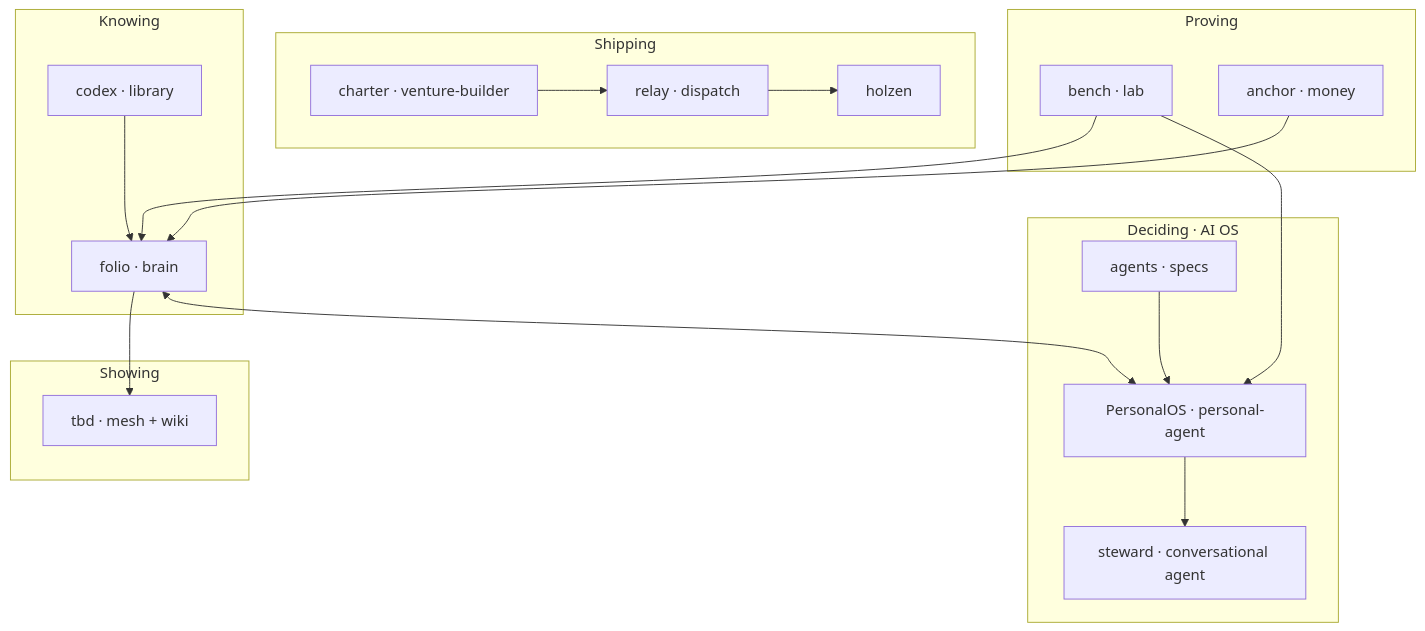
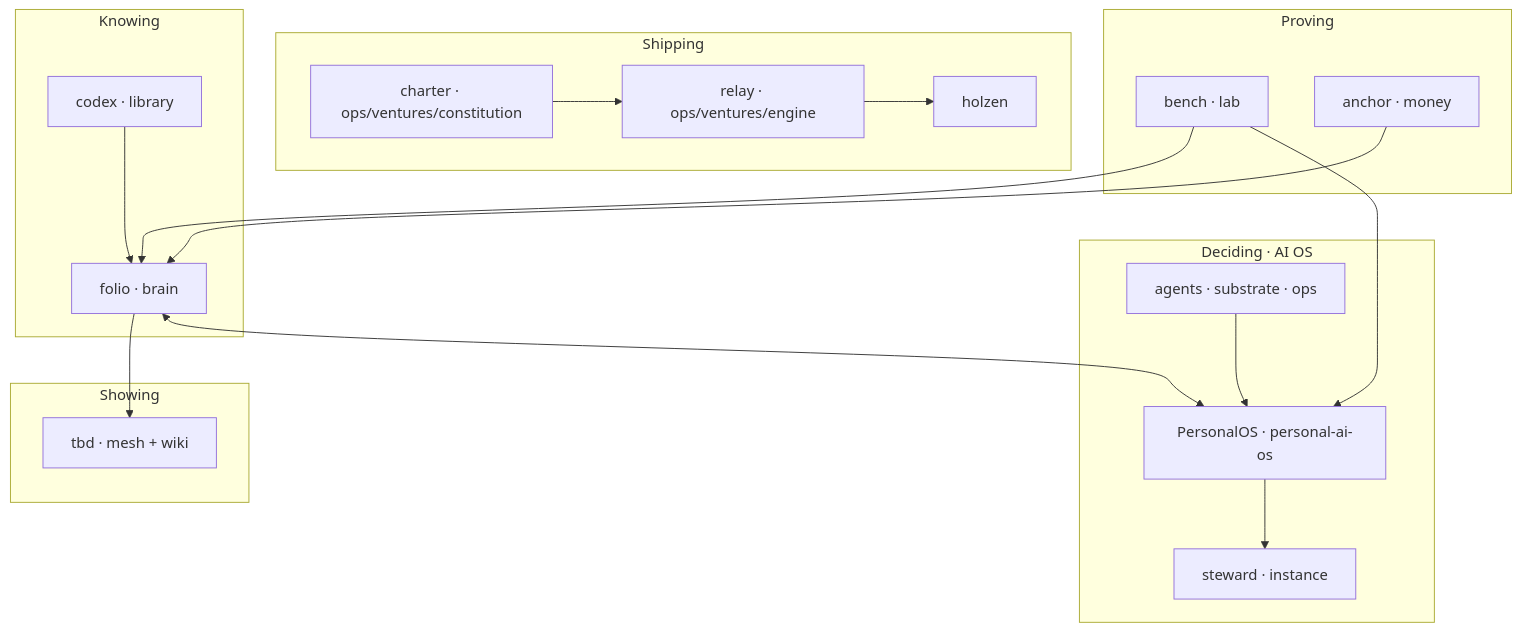
The diagram in README.md (Angelguirao/projects), drawn with Mermaid before and after one commit. The commit also changed other lines of this file, not shown here.

First line of the commit message:
Update stack map for personal-ai-os consolidation.

````diff
--- a/README.md
+++ b/README.md
@@ -28,37 +30,37 @@
 ```mermaid
 flowchart TB
   subgraph know["Knowing"]
     LIB[codex · library]
     FOL[folio · brain]
     LIB --> FOL
   end
 
   subgraph decide["Deciding · AI OS"]
-    OS[PersonalOS · personal-agent]
-    AG[agents · specs]
-    ST[steward · conversational agent]
+    OS[PersonalOS · personal-ai-os]
+    AG[agents · substrate · ops]
+    ST[steward · instance]
     FOL <--> OS
     AG --> OS
     OS --> ST
   end
 
   subgraph show["Showing"]
     MESH[tbd · mesh + wiki]
     FOL --> MESH
   end
 
   subgraph ship["Shipping"]
     HOL[holzen]
-    CHR[charter · venture-builder]
-    REL[relay · dispatch]
+    CHR[charter · ops/ventures/constitution]
+    REL[relay · ops/ventures/engine]
     CHR --> REL --> HOL
   end
 
   subgraph prove["Proving"]
     LAB[bench · lab]
     MON[anchor · money]
     LAB --> FOL
     LAB --> OS
     MON --> FOL
   end
 ```
````
